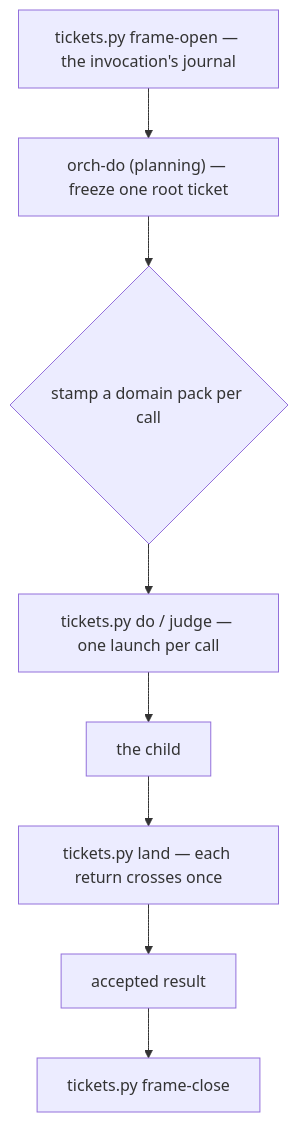
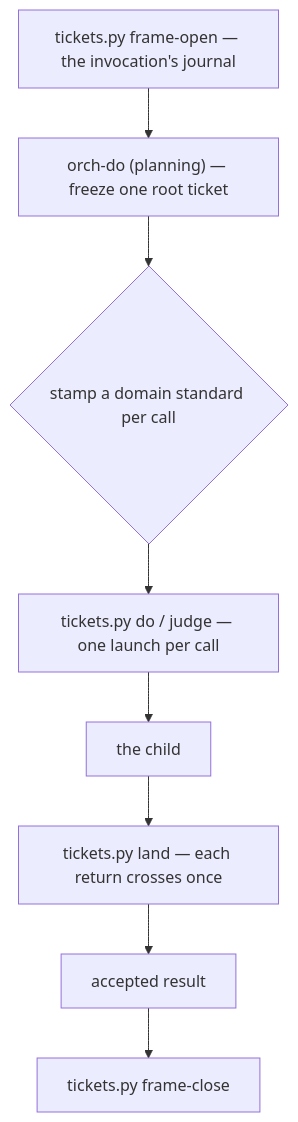
The diagram in README.md (DanMcInerney/orchflows), drawn with Mermaid before and after one commit. The commit also changed other lines of this file and 172 other files, not shown here.

````diff
--- a/README.md
+++ b/README.md
@@ -183,10 +183,10 @@
 ```mermaid
 flowchart TD
     frame["tickets.py frame-open — the invocation's journal"] --> plan["orch-do (planning) — freeze one root ticket"]
-    plan --> pack{"stamp a domain pack per call"}
-    pack --> callable["tickets.py do / judge — one launch per call"]
+    plan --> standard{"stamp a domain standard per call"}
+    standard --> callable["tickets.py do / judge — one launch per call"]
     callable --> exec["the child"]
     exec --> join["tickets.py land — each return crosses once"]
     join --> accepted["accepted result"]
     accepted --> close["tickets.py frame-close"]
 ```
````
